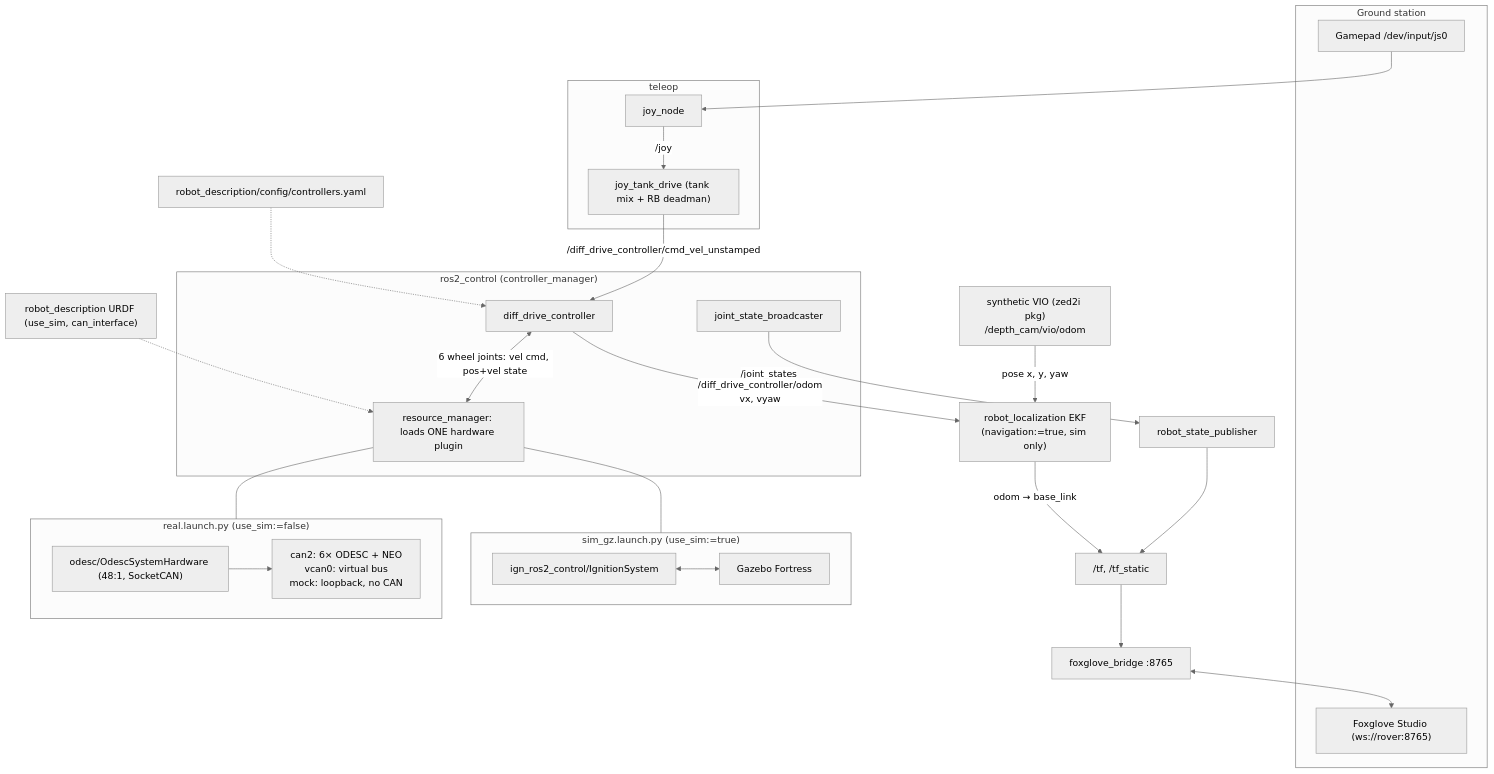
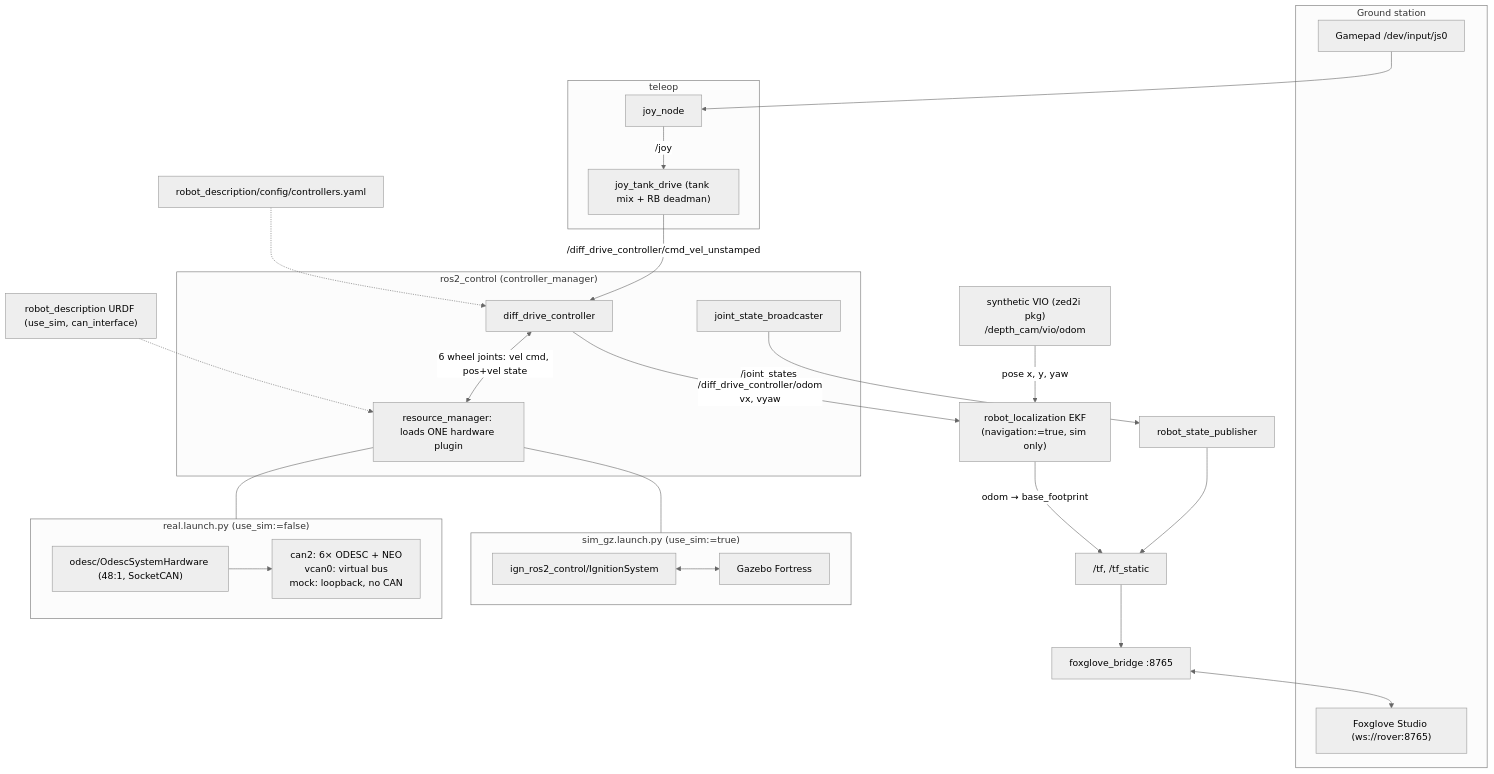
Before and after one commit to BILLEE-BroncoSTAR/billee-software-2027: the diagram in docs/architecture.md, drawn with Mermaid (neutral theme). The commit also changed other lines of this file, not shown here.

Commit message:
Updated architecture file

````diff
--- a/docs/architecture.md
+++ b/docs/architecture.md
@@ -7,39 +7,39 @@
 ```mermaid
 flowchart TB
     subgraph OP["Ground station"]
         PAD["Gamepad /dev/input/js0"]
         FGS["Foxglove Studio (ws://rover:8765)"]
     end
 
     subgraph TELE["teleop"]
         JOY["joy_node"]
         TANK["joy_tank_drive (tank mix + RB deadman)"]
     end
     PAD --> JOY -->|"/joy"| TANK
     TANK -->|"/diff_drive_controller/cmd_vel_unstamped"| DDC
 
     subgraph CTRL["ros2_control (controller_manager)"]
         DDC["diff_drive_controller"]
         JSB["joint_state_broadcaster"]
         RM["resource_manager: loads ONE hardware plugin"]
         DDC <-->|"6 wheel joints: vel cmd, pos+vel state"| RM
     end
     CFG["robot_description/config/controllers.yaml"] -.-> DDC
     URDF["robot_description URDF (use_sim, can_interface)"] -.-> RM
 
     subgraph SIMB["sim_gz.launch.py (use_sim:=true)"]
         IGN["ign_ros2_control/IgnitionSystem"] <--> GZ["Gazebo Fortress"]
     end
     subgraph REALB["real.launch.py (use_sim:=false)"]
         ODESC["odesc/OdescSystemHardware (48:1, SocketCAN)"]
         ODESC --> CAN["can2: 6× ODESC + NEO<br/>vcan0: virtual bus<br/>mock: loopback, no CAN"]
     end
     RM --- SIMB
     RM --- REALB
 
     JSB -->|"/joint_states"| RSP["robot_state_publisher"] --> TF["/tf, /tf_static"]
     VIO["synthetic VIO (zed2i pkg)<br/>/depth_cam/vio/odom"] -->|"pose x, y, yaw"| EKF["robot_localization EKF<br/>(navigation:=true, sim only)"]
     DDC -->|"/diff_drive_controller/odom<br/>vx, vyaw"| EKF
-    EKF -->|"odom → base_link"| TF
+    EKF -->|"odom → base_footprint"| TF
     TF --> FB["foxglove_bridge :8765"] <--> FGS
 ```
````
